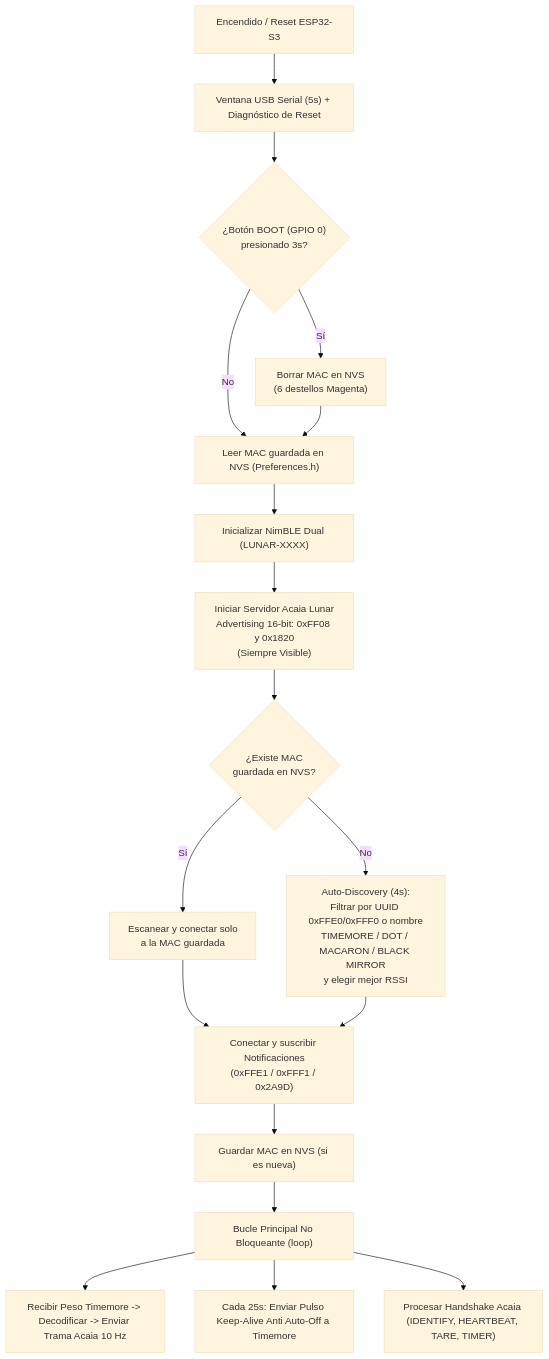
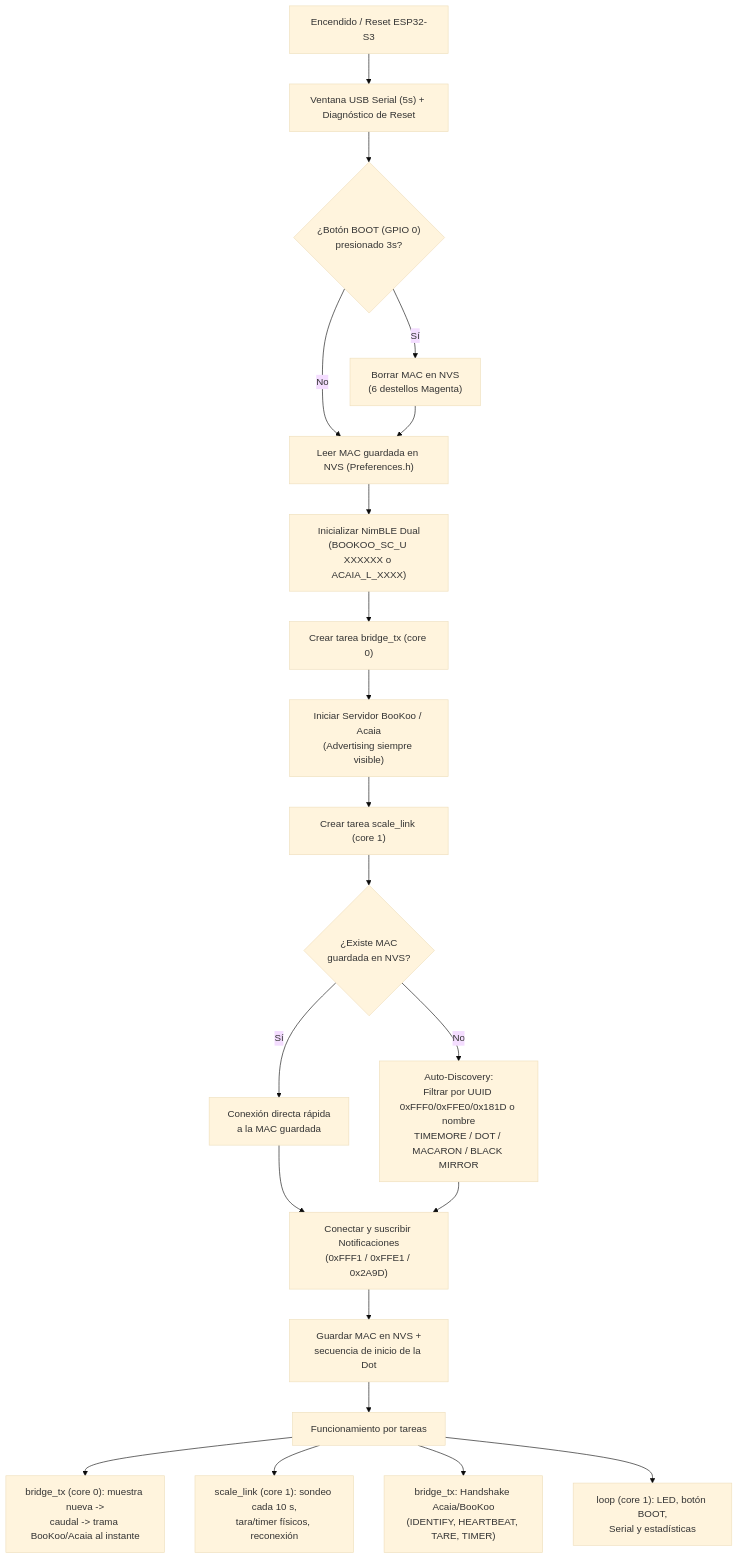
One commit to jcallano/BLE-_Scale_Translator_Bridge__Wendougee_E-Bar changed the first of 2 diagrams in docs/DOCUMENTACION_ES.md. Above: the diagram before and after it, drawn with Mermaid (base theme). The commit also changed other lines of this file and 3 other files, not shown here.

First line of the commit message:
Protocolo Timemore Dot de de1app, ajuste de enlaces y documentación

````diff
--- a/docs/DOCUMENTACION_ES.md
+++ b/docs/DOCUMENTACION_ES.md
@@ -47,20 +48,23 @@
 ```mermaid
 flowchart TD
     A["Encendido / Reset ESP32-S3"] --> B["Ventana USB Serial (5s) + Diagnóstico de Reset"]
     B --> C{"¿Botón BOOT (GPIO 0)\npresionado 3s?"}
     C -- Sí --> D["Borrar MAC en NVS\n(6 destellos Magenta)"]
     C -- No --> E["Leer MAC guardada en NVS (Preferences.h)"]
     D --> E
-    E --> F["Inicializar NimBLE Dual (LUNAR-XXXX)"]
-    F --> G["Iniciar Servidor Acaia Lunar\nAdvertising 16-bit: 0xFF08 y 0x1820\n(Siempre Visible)"]
-    G --> H{"¿Existe MAC\nguardada en NVS?"}
-    H -- Sí --> I["Escanear y conectar solo\na la MAC guardada"]
-    H -- No --> J["Auto-Discovery (4s):\nFiltrar por UUID 0xFFE0/0xFFF0 o nombre\nTIMEMORE / DOT / MACARON / BLACK MIRROR\ny elegir mejor RSSI"]
-    I --> K["Conectar y suscribir Notificaciones\n(0xFFE1 / 0xFFF1 / 0x2A9D)"]
+    E --> F["Inicializar NimBLE Dual\n(BOOKOO_SC_U XXXXXX o ACAIA_L_XXXX)"]
+    F --> T1["Crear tarea bridge_tx (core 0)"]
+    T1 --> G["Iniciar Servidor BooKoo / Acaia\n(Advertising siempre visible)"]
+    G --> T2["Crear tarea scale_link (core 1)"]
+    T2 --> H{"¿Existe MAC\nguardada en NVS?"}
+    H -- Sí --> I["Conexión directa rápida\na la MAC guardada"]
+    H -- No --> J["Auto-Discovery:\nFiltrar por UUID 0xFFF0/0xFFE0/0x181D o nombre\nTIMEMORE / DOT / MACARON / BLACK MIRROR"]
+    I --> K["Conectar y suscribir Notificaciones\n(0xFFF1 / 0xFFE1 / 0x2A9D)"]
     J --> K
-    K --> L["Guardar MAC en NVS (si es nueva)"]
-    L --> M["Bucle Principal No Bloqueante (loop)"]
-    M --> N["Recibir Peso Timemore -> Decodificar -> Enviar Trama Acaia 10 Hz"]
-    M --> O["Cada 25s: Enviar Pulso Keep-Alive Anti Auto-Off a Timemore"]
-    M --> P["Procesar Handshake Acaia (IDENTIFY, HEARTBEAT, TARE, TIMER)"]
+    K --> L["Guardar MAC en NVS +\nsecuencia de inicio de la Dot"]
+    L --> M["Funcionamiento por tareas"]
+    M --> N["bridge_tx (core 0): muestra nueva ->\ncaudal -> trama BooKoo/Acaia al instante"]
+    M --> O["scale_link (core 1): sondeo cada 10 s,\ntara/timer físicos, reconexión"]
+    M --> P["bridge_tx: Handshake Acaia/BooKoo\n(IDENTIFY, HEARTBEAT, TARE, TIMER)"]
+    M --> Q["loop (core 1): LED, botón BOOT,\nSerial y estadísticas"]
 ```
````
